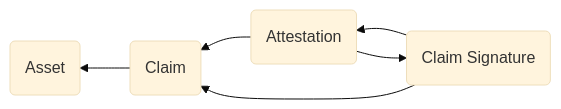
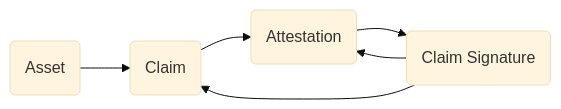
The first of 3 diagrams in attestation-design.md (yogeshbdeshpande/c2pa-attestation), drawn with Mermaid (base theme) before and after one commit. The commit also changed other lines of this file, not shown here.

````diff
--- a/attestation-design.md
+++ b/attestation-design.md
@@ -25,6 +25,7 @@
 ``` mermaid
-graph RL;
-    id1(Claim Signature) --> id2(Attestation) --> id3(Claim) --> id4(Asset);
-    id2 --> id1;
-    id1 --> id3;
+graph LR;
+    id1(Asset) --> id2(Claim)  --> id3(Attestation) --> id4(Claim Signature);
+    id4 --> id3;
+    id4 --> id2;
+
 ```
````
